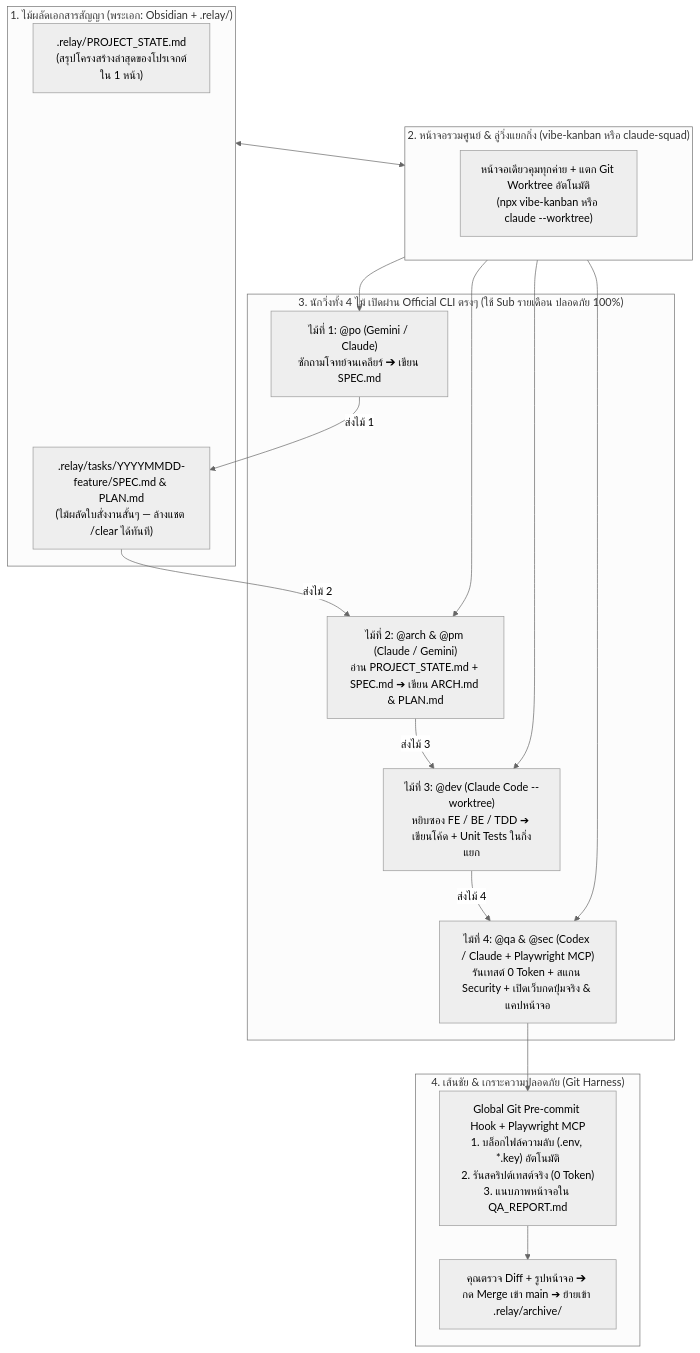
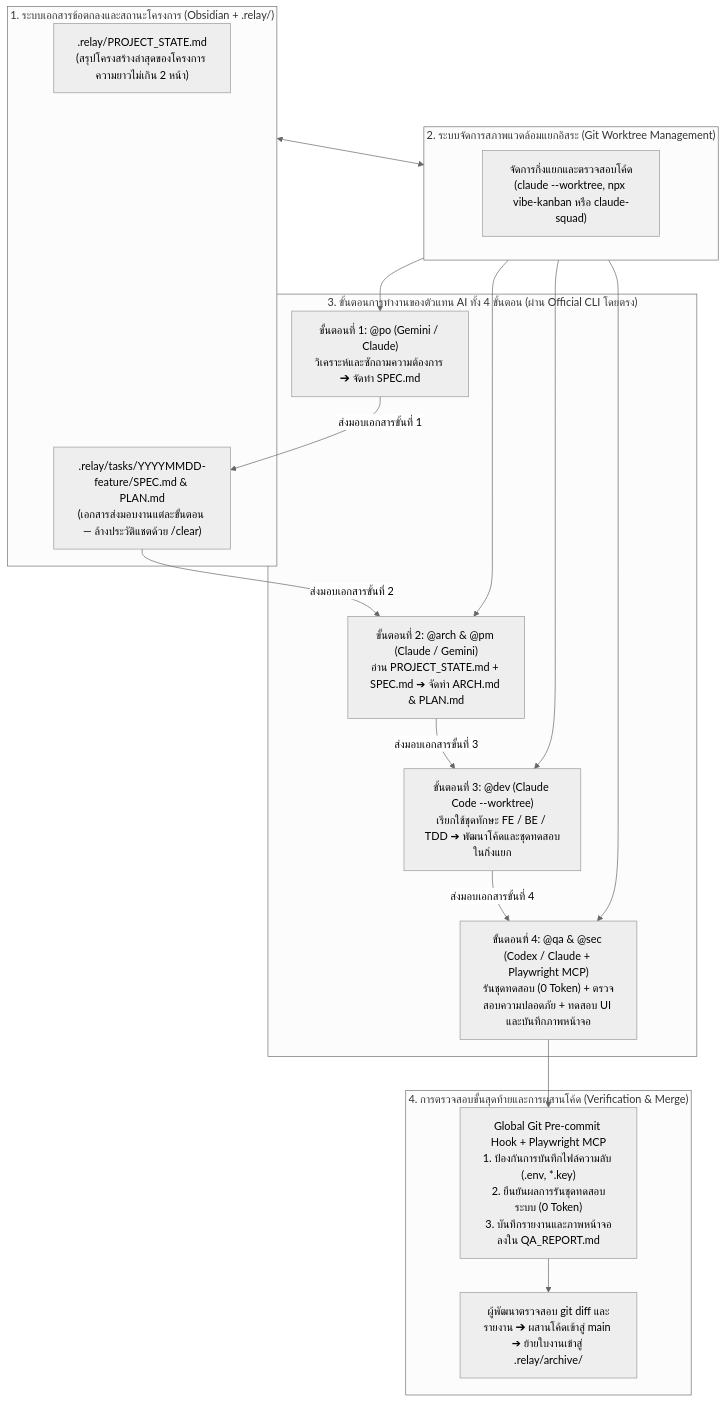
One commit to bosocmputer/RELAY changed the diagram in README.md. Above: the diagram before and after it, drawn with Mermaid (neutral theme). The commit also changed other lines of this file and 31 other files, not shown here.

````diff
--- a/README.md
+++ b/README.md
@@ -31,31 +31,31 @@
 ```mermaid
 flowchart TD
-    subgraph P1 ["1. ไม้ผลัดเอกสารสัญญา (พระเอก: Obsidian + .relay/)"]
-        STATE[".relay/PROJECT_STATE.md<br/>(สรุปโครงสร้างล่าสุดของโปรเจกต์ใน 1 หน้า)"]
-        SPEC[".relay/tasks/YYYYMMDD-feature/SPEC.md & PLAN.md<br/>(ไม้ผลัดใบสั่งงานสั้นๆ — ล้างแชต /clear ได้ทันที)"]
+    subgraph P1 ["1. ระบบเอกสารข้อตกลงและสถานะโครงการ (Obsidian + .relay/)"]
+        STATE[".relay/PROJECT_STATE.md<br/>(สรุปโครงสร้างล่าสุดของโครงการ ความยาวไม่เกิน 2 หน้า)"]
+        SPEC[".relay/tasks/YYYYMMDD-feature/SPEC.md & PLAN.md<br/>(เอกสารส่งมอบงานแต่ละขั้นตอน — ล้างประวัติแชตด้วย /clear)"]
     end
 
-    subgraph P2 ["2. หน้าจอรวมศูนย์ & ลู่วิ่งแยกกิ่ง (vibe-kanban หรือ claude-squad)"]
-        UI["หน้าจอเดียวคุมทุกค่าย + แตก Git Worktree อัตโนมัติ<br/>(npx vibe-kanban หรือ claude --worktree)"]
+    subgraph P2 ["2. ระบบจัดการสภาพแวดล้อมแยกอิสระ (Git Worktree Management)"]
+        UI["จัดการกิ่งแยกและตรวจสอบโค้ด<br/>(claude --worktree, npx vibe-kanban หรือ claude-squad)"]
     end
 
-    subgraph P3 ["3. นักวิ่งทั้ง 4 ไม้ เปิดผ่าน Official CLI ตรงๆ (ใช้ Sub รายเดือน ปลอดภัย 100%)"]
-        C1["ไม้ที่ 1: @po (Gemini / Claude)<br/>ซักถามโจทย์จนเคลียร์ ➔ เขียน SPEC.md"]
-        C2["ไม้ที่ 2: @arch & @pm (Claude / Gemini)<br/>อ่าน PROJECT_STATE.md + SPEC.md ➔ เขียน ARCH.md & PLAN.md"]
-        C3["ไม้ที่ 3: @dev (Claude Code --worktree)<br/>หยิบซอง FE / BE / TDD ➔ เขียนโค้ด + Unit Tests ในกิ่งแยก"]
-        C4["ไม้ที่ 4: @qa & @sec (Codex / Claude + Playwright MCP)<br/>รันเทสต์ 0 Token + สแกน Security + เปิดเว็บกดปุ่มจริง & แคปหน้าจอ"]
+    subgraph P3 ["3. ขั้นตอนการทำงานของตัวแทน AI ทั้ง 4 ขั้นตอน (ผ่าน Official CLI โดยตรง)"]
+        C1["ขั้นตอนที่ 1: @po (Gemini / Claude)<br/>วิเคราะห์และซักถามความต้องการ ➔ จัดทำ SPEC.md"]
+        C2["ขั้นตอนที่ 2: @arch & @pm (Claude / Gemini)<br/>อ่าน PROJECT_STATE.md + SPEC.md ➔ จัดทำ ARCH.md & PLAN.md"]
+        C3["ขั้นตอนที่ 3: @dev (Claude Code --worktree)<br/>เรียกใช้ชุดทักษะ FE / BE / TDD ➔ พัฒนาโค้ดและชุดทดสอบในกิ่งแยก"]
+        C4["ขั้นตอนที่ 4: @qa & @sec (Codex / Claude + Playwright MCP)<br/>รันชุดทดสอบ (0 Token) + ตรวจสอบความปลอดภัย + ทดสอบ UI และบันทึกภาพหน้าจอ"]
     end
 
-    subgraph P4 ["4. เส้นชัย & เกราะความปลอดภัย (Git Harness)"]
-        HOOK["Global Git Pre-commit Hook + Playwright MCP<br/>1. บล็อกไฟล์ความลับ (.env, *.key) อัตโนมัติ<br/>2. รันสคริปต์เทสต์จริง (0 Token)<br/>3. แนบภาพหน้าจอใน QA_REPORT.md"]
-        MERGE["คุณตรวจ Diff + รูปหน้าจอ ➔ กด Merge เข้า main ➔ ย้ายเข้า .relay/archive/"]
+    subgraph P4 ["4. การตรวจสอบขั้นสุดท้ายและการผสานโค้ด (Verification & Merge)"]
+        HOOK["Global Git Pre-commit Hook + Playwright MCP<br/>1. ป้องกันการบันทึกไฟล์ความลับ (.env, *.key)<br/>2. ยืนยันผลการรันชุดทดสอบระบบ (0 Token)<br/>3. บันทึกรายงานและภาพหน้าจอลงใน QA_REPORT.md"]
+        MERGE["ผู้พัฒนาตรวจสอบ git diff และรายงาน ➔ ผสานโค้ดเข้าสู่ main ➔ ย้ายใบงานเข้าสู่ .relay/archive/"]
     end
 
     P1 <--> P2
     P2 --> C1 & C2 & C3 & C4
-    C1 -->|ส่งไม้ 1| SPEC
-    SPEC -->|ส่งไม้ 2| C2
-    C2 -->|ส่งไม้ 3| C3
-    C3 -->|ส่งไม้ 4| C4
+    C1 -->|ส่งมอบเอกสารขั้นที่ 1| SPEC
+    SPEC -->|ส่งมอบเอกสารขั้นที่ 2| C2
+    C2 -->|ส่งมอบเอกสารขั้นที่ 3| C3
+    C3 -->|ส่งมอบเอกสารขั้นที่ 4| C4
     C4 --> HOOK --> MERGE
 ```
````
